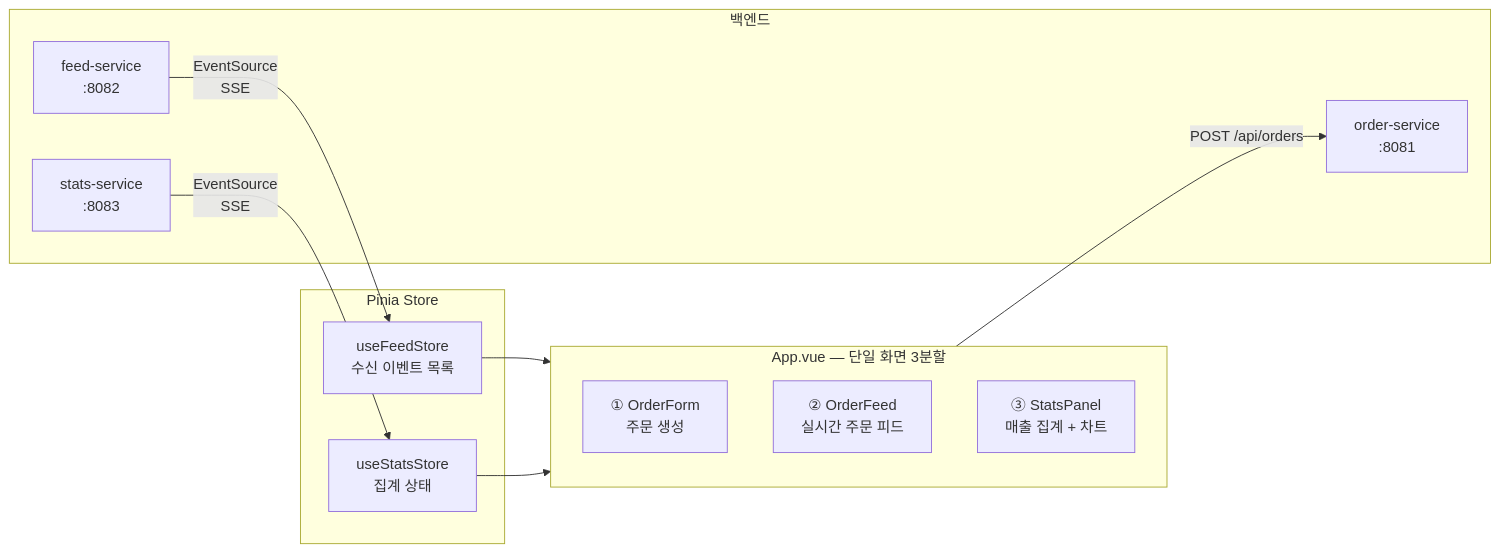
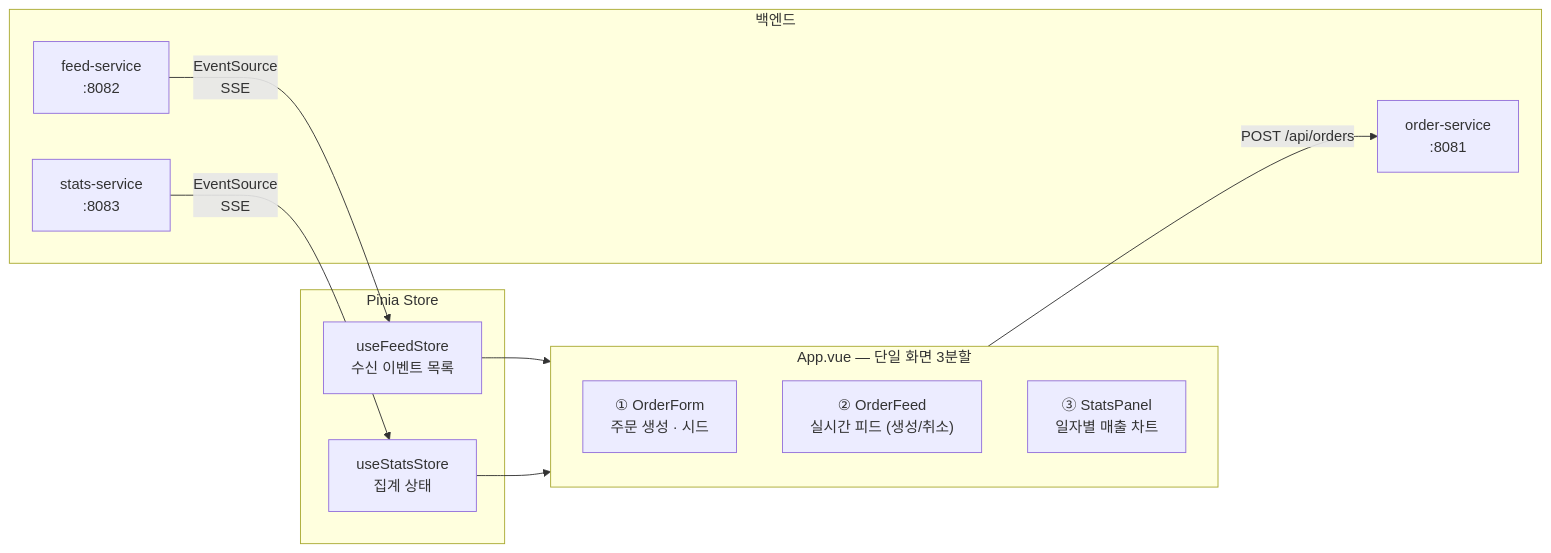
The fifth of 6 diagrams in docs/planning/02-architecture.md (ytw9699/kafka_study), drawn with Mermaid before and after one commit. The commit also changed other lines of this file and 10 other files, not shown here.

````diff
--- a/docs/planning/02-architecture.md
+++ b/docs/planning/02-architecture.md
@@ -223,24 +223,24 @@
 ```mermaid
 flowchart LR
     subgraph APP["App.vue — 단일 화면 3분할"]
         direction TB
-        A["① OrderForm<br/>주문 생성"]
-        B["② OrderFeed<br/>실시간 주문 피드"]
-        C["③ StatsPanel<br/>매출 집계 + 차트"]
+        A["① OrderForm<br/>주문 생성 · 시드"]
+        B["② OrderFeed<br/>실시간 피드 (생성/취소)"]
+        C["③ StatsPanel<br/>일자별 매출 차트"]
     end
 
     subgraph STORE["Pinia Store"]
         S1["useFeedStore<br/>수신 이벤트 목록"]
         S2["useStatsStore<br/>집계 상태"]
     end
 
     subgraph API["백엔드"]
         O["order-service<br/>:8081"]
         F["feed-service<br/>:8082"]
         T["stats-service<br/>:8083"]
     end
 
     A -->|"POST /api/orders"| O
     F -->|"EventSource<br/>SSE"| S1 --> B
     T -->|"EventSource<br/>SSE"| S2 --> C
 ```
````
